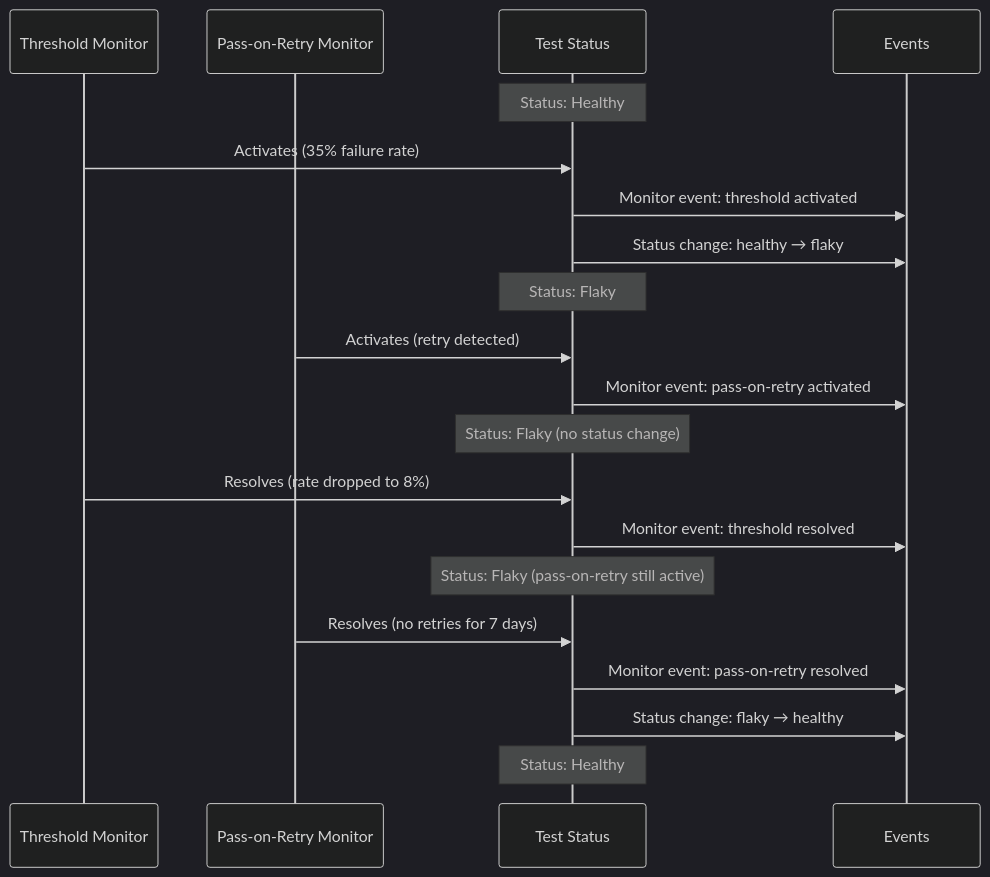
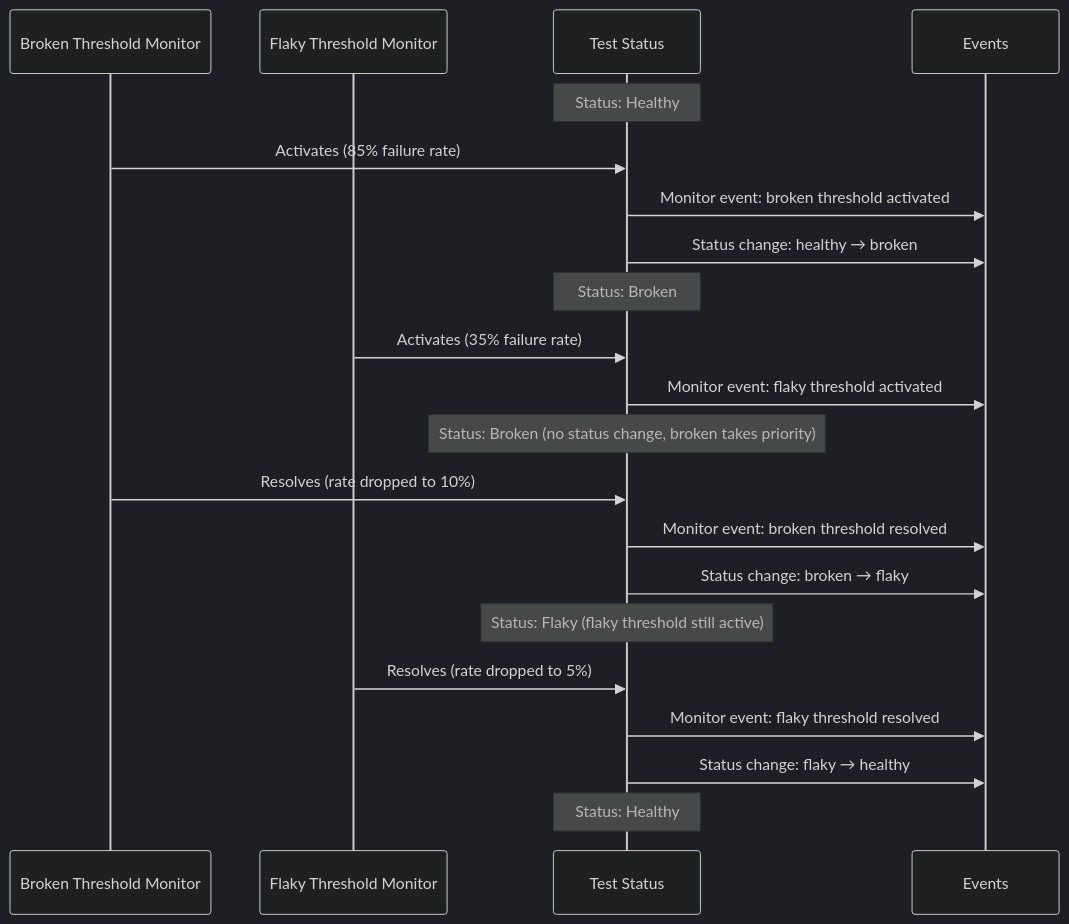
Before and after one commit to trunk-io/docs: the second of 2 diagrams in flaky-tests/detection/README.md, drawn with Mermaid (dark theme). The commit also changed other lines of this file and 7 other files, not shown here.

Commit message:
broken monitor docs (#511)

````diff
--- a/flaky-tests/detection/README.md
+++ b/flaky-tests/detection/README.md
@@ -107,26 +127,27 @@
 ```mermaid
 sequenceDiagram
-    participant M1 as Threshold Monitor
-    participant M2 as Pass-on-Retry Monitor
+    participant M1 as Broken Threshold Monitor
+    participant M2 as Flaky Threshold Monitor
     participant T as Test Status
     participant E as Events
 
     Note over T: Status: Healthy
-    M1->>T: Activates (35% failure rate)
-    T->>E: Monitor event: threshold activated
-    T->>E: Status change: healthy → flaky
-    Note over T: Status: Flaky
+    M1->>T: Activates (85% failure rate)
+    T->>E: Monitor event: broken threshold activated
+    T->>E: Status change: healthy → broken
+    Note over T: Status: Broken
 
-    M2->>T: Activates (retry detected)
-    T->>E: Monitor event: pass-on-retry activated
-    Note over T: Status: Flaky (no status change)
+    M2->>T: Activates (35% failure rate)
+    T->>E: Monitor event: flaky threshold activated
+    Note over T: Status: Broken (no status change, broken takes priority)
 
-    M1->>T: Resolves (rate dropped to 8%)
-    T->>E: Monitor event: threshold resolved
-    Note over T: Status: Flaky (pass-on-retry still active)
+    M1->>T: Resolves (rate dropped to 10%)
+    T->>E: Monitor event: broken threshold resolved
+    T->>E: Status change: broken → flaky
+    Note over T: Status: Flaky (flaky threshold still active)
 
-    M2->>T: Resolves (no retries for 7 days)
-    T->>E: Monitor event: pass-on-retry resolved
+    M2->>T: Resolves (rate dropped to 5%)
+    T->>E: Monitor event: flaky threshold resolved
     T->>E: Status change: flaky → healthy
     Note over T: Status: Healthy
 ```
````
